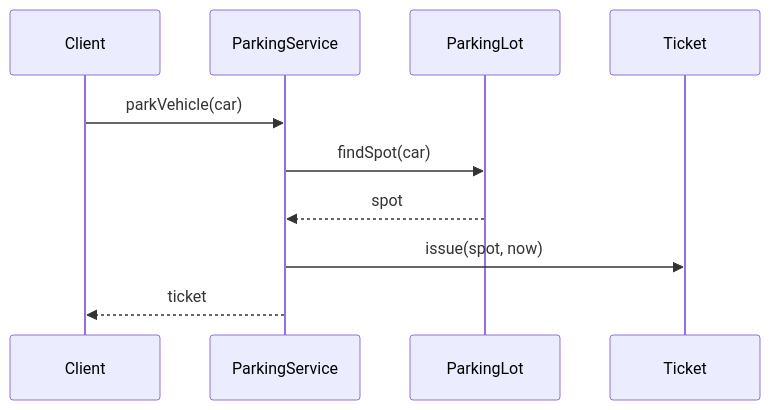
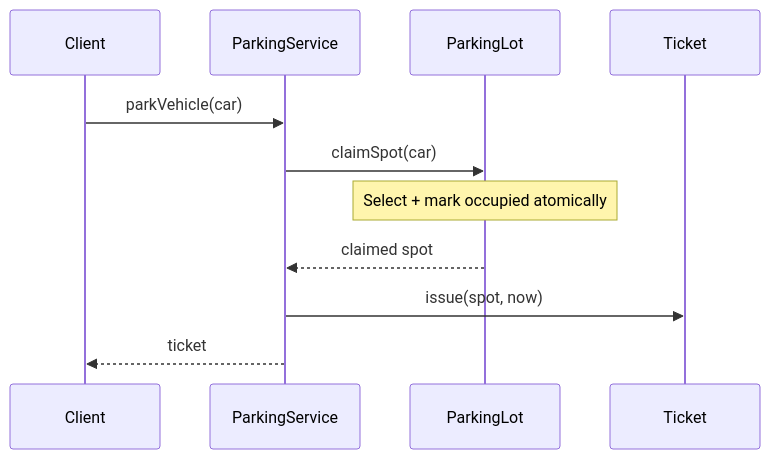
Before and after one commit to Anilinfo2015/anilinfo2015.github.io: the second of 2 diagrams in low-level-design/00-the-45-minute-lld-framework.md, drawn with Mermaid. The commit also changed other lines of this file and 109 other files, not shown here.

````diff
--- a/low-level-design/00-the-45-minute-lld-framework.md
+++ b/low-level-design/00-the-45-minute-lld-framework.md
@@ -120,12 +155,13 @@
 ```mermaid
 sequenceDiagram
     participant C as Client
     participant S as ParkingService
     participant L as ParkingLot
     participant T as Ticket
     C->>S: parkVehicle(car)
-    S->>L: findSpot(car)
-    L-->>S: spot
+    S->>L: claimSpot(car)
+    Note over L: Select + mark occupied atomically
+    L-->>S: claimed spot
     S->>T: issue(spot, now)
     S-->>C: ticket
 ```
````
